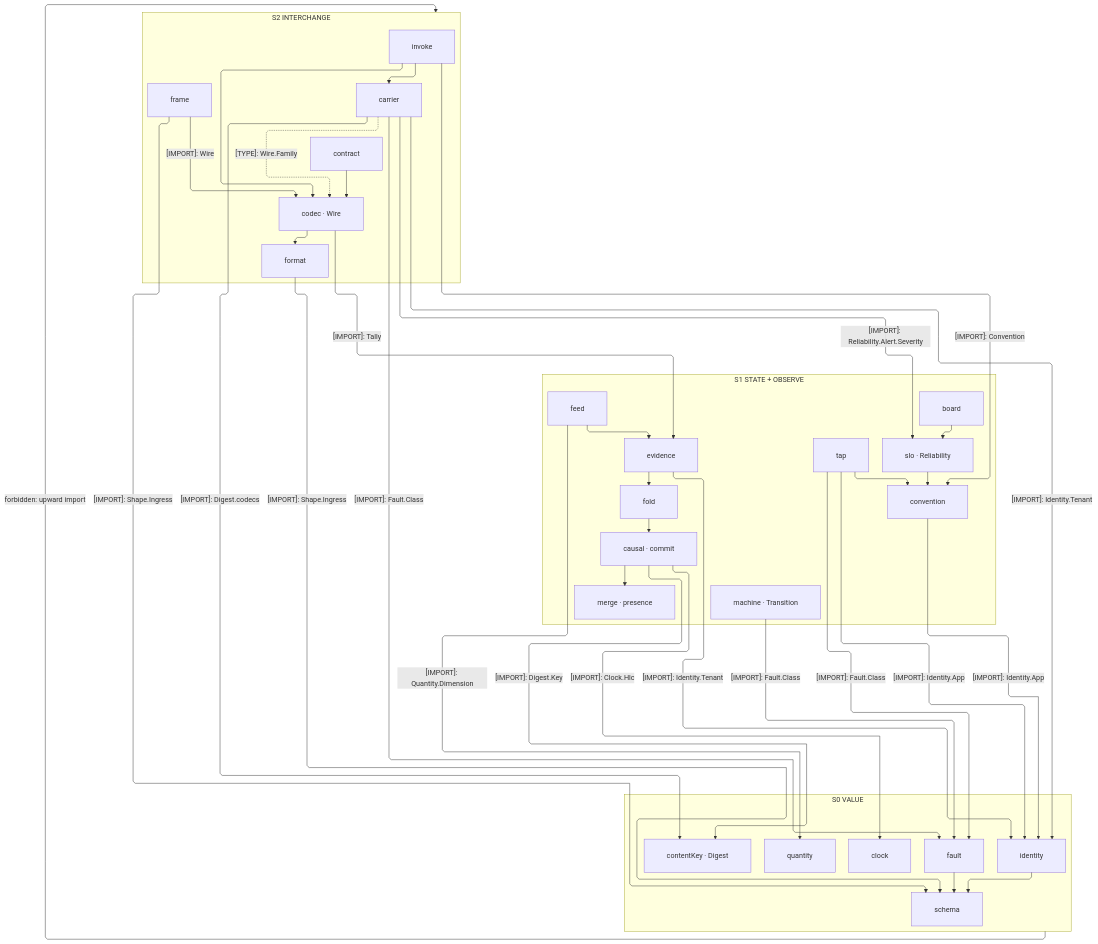
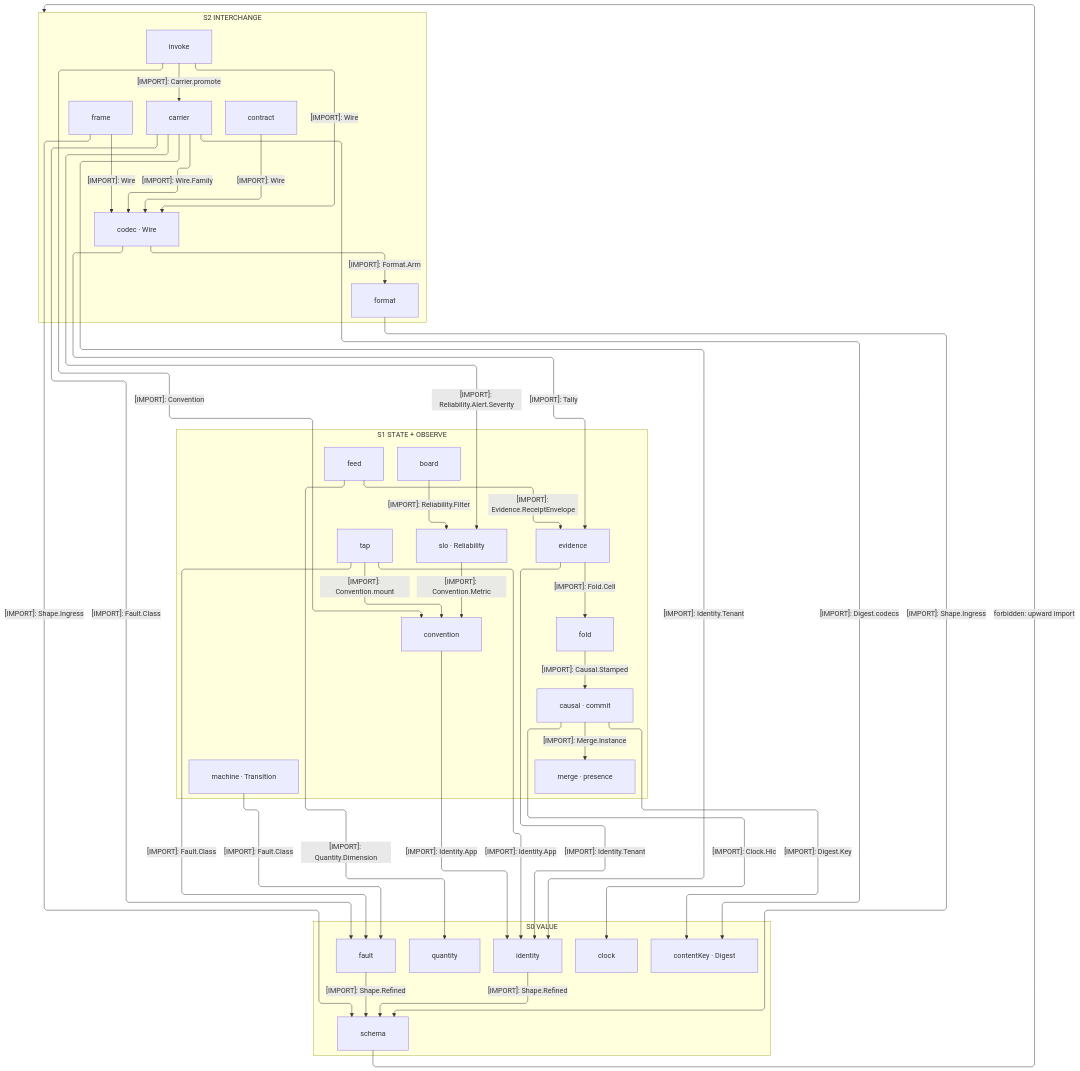
One commit to bsamiee/Rasm changed the first of 4 diagrams in libs/typescript/core/ARCHITECTURE.md. Above: the diagram before and after it, drawn with Mermaid. The commit also changed other lines of this file and 115 other files, not shown here.

````diff
--- a/libs/typescript/core/ARCHITECTURE.md
+++ b/libs/typescript/core/ARCHITECTURE.md
@@ -51,73 +52,72 @@
 ```mermaid
 ---
 config:
   layout: elk
   flowchart:
     curve: linear
     padding: 25
 ---
 flowchart TB
     accTitle: Core interior import strata
-    accDescr: Three interior strata — interchange over the state and observe peers onto the value floor; imports downward, one forbidden upward edge.
+    accDescr: How the interior sub-domains rank onto the value floor, every import downward.
     subgraph S2["S2 INTERCHANGE"]
         Invoke[invoke]
         CarrierP[carrier]
         Contract[contract]
         Codec[codec · Wire]
         Format[format]
         Frame[frame]
     end
     subgraph S1["S1 STATE + OBSERVE"]
         Tap[tap]
         Board[board]
         Reliability[slo · Reliability]
         Convention[convention]
         Feed[feed]
         Evidence[evidence]
         Transition[machine · Transition]
         Fold[fold]
         Causal["causal · commit"]
         Merge["merge · presence"]
     end
     subgraph S0["S0 VALUE"]
         Identity[identity]
         Quantity[quantity]
         Clock[clock]
         Digest[contentKey · Digest]
         Schema[schema]
         Fault[fault]
     end
-    Codec i1@--> Format
-    Frame e1@-->|"[IMPORT]: Wire"| Codec
-    Contract i2@--> Codec
-    Invoke i3@--> Codec
-    Invoke i12@--> CarrierP
-    CarrierP e19@-.->|"[TYPE]: Wire.Family"| Codec
-    Format e20@-->|"[IMPORT]: Shape.Ingress"| Schema
-    CarrierP e18@-->|"[IMPORT]: Identity.Tenant"| Identity
-    CarrierP e30@-->|"[IMPORT]: Digest.codecs"| Digest
-    CarrierP e31@-->|"[IMPORT]: Fault.Class"| Fault
-    CarrierP e32@-->|"[IMPORT]: Reliability.Alert.Severity"| Reliability
+    Codec e1@-->|"[IMPORT]: Format.Arm"| Format
     Codec e2@-->|"[IMPORT]: Tally"| Evidence
-    Invoke e3@-->|"[IMPORT]: Convention"| Convention
+    Frame e3@-->|"[IMPORT]: Wire"| Codec
     Frame e4@-->|"[IMPORT]: Shape.Ingress"| Schema
-    Causal e5@-->|"[IMPORT]: Clock.Hlc"| Clock
-    Causal i4@--> Merge
-    Causal e6@-->|"[IMPORT]: Digest.Key"| Digest
-    Fold i5@--> Causal
-    Evidence i6@--> Fold
-    Evidence e7@-->|"[IMPORT]: Identity.Tenant"| Identity
-    Feed i7@--> Evidence
-    Feed e8@-->|"[IMPORT]: Quantity.Dimension"| Quantity
-    Transition e21@-->|"[IMPORT]: Fault.Class"| Fault
-    Reliability i8@--> Convention
-    Tap i12@--> Convention
-    Board i9@--> Reliability
-    Convention e9@-->|"[IMPORT]: Identity.App"| Identity
-    Tap e10@-->|"[IMPORT]: Fault.Class"| Fault
-    Tap e11@-->|"[IMPORT]: Identity.App"| Identity
-    Identity i10@--> Schema
-    Fault i11@--> Schema
-    Invoke ~~~ Board
-    S0 f1@-->|"forbidden: upward import"| S2
+    Contract e5@-->|"[IMPORT]: Wire"| Codec
+    Invoke e6@-->|"[IMPORT]: Wire"| Codec
+    Invoke e7@-->|"[IMPORT]: Carrier.promote"| CarrierP
+    Invoke e8@-->|"[IMPORT]: Convention"| Convention
+    CarrierP e9@-->|"[IMPORT]: Wire.Family"| Codec
+    CarrierP e10@-->|"[IMPORT]: Identity.Tenant"| Identity
+    CarrierP e11@-->|"[IMPORT]: Digest.codecs"| Digest
+    CarrierP e12@-->|"[IMPORT]: Fault.Class"| Fault
+    CarrierP e13@-->|"[IMPORT]: Reliability.Alert.Severity"| Reliability
+    Format e14@-->|"[IMPORT]: Shape.Ingress"| Schema
+    Causal e15@-->|"[IMPORT]: Clock.Hlc"| Clock
+    Causal e16@-->|"[IMPORT]: Merge.Instance"| Merge
+    Causal e17@-->|"[IMPORT]: Digest.Key"| Digest
+    Fold e18@-->|"[IMPORT]: Causal.Stamped"| Causal
+    Evidence e19@-->|"[IMPORT]: Fold.Cell"| Fold
+    Evidence e20@-->|"[IMPORT]: Identity.Tenant"| Identity
+    Feed e21@-->|"[IMPORT]: Evidence.ReceiptEnvelope"| Evidence
+    Feed e22@-->|"[IMPORT]: Quantity.Dimension"| Quantity
+    Transition e23@-->|"[IMPORT]: Fault.Class"| Fault
+    Reliability e24@-->|"[IMPORT]: Convention.Metric"| Convention
+    Tap e25@-->|"[IMPORT]: Convention.mount"| Convention
+    Tap e26@-->|"[IMPORT]: Fault.Class"| Fault
+    Tap e27@-->|"[IMPORT]: Identity.App"| Identity
+    Board e28@-->|"[IMPORT]: Reliability.Filter"| Reliability
+    Convention e29@-->|"[IMPORT]: Identity.App"| Identity
+    Identity e30@-->|"[IMPORT]: Shape.Refined"| Schema
+    Fault e31@-->|"[IMPORT]: Shape.Refined"| Schema
+    Schema f1@-->|"forbidden: upward import"| S2
 ```
````
